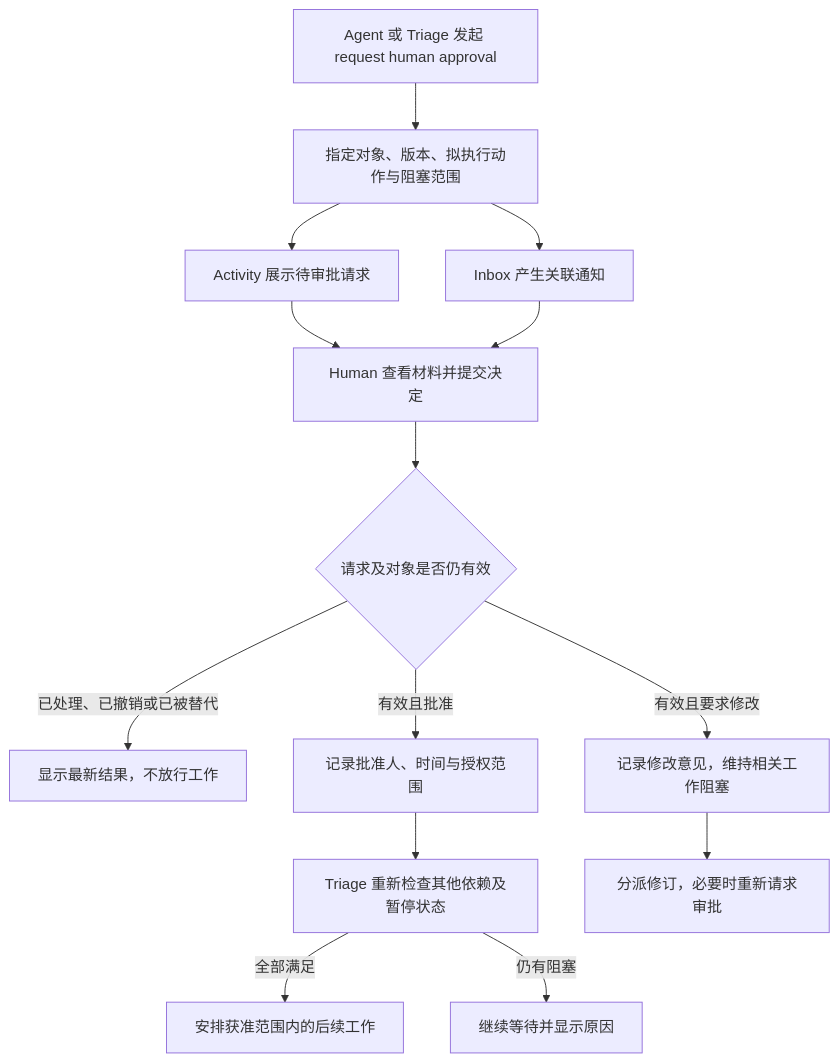
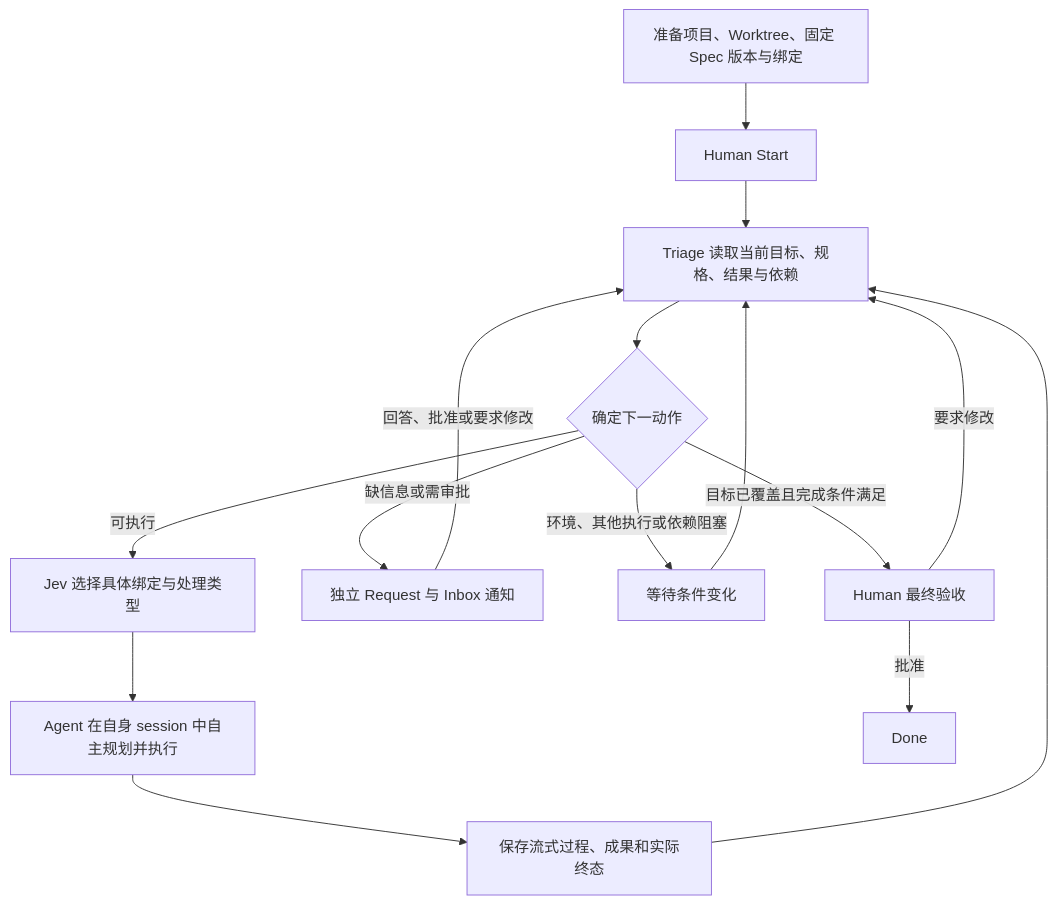
The second of 3 diagrams in specs/relay-collaboration/product.md (elliot-zen/catcoon), drawn with Mermaid before and after one commit. The commit also changed other lines of this file and 2 other files, not shown here.

````diff
--- a/specs/relay-collaboration/product.md
+++ b/specs/relay-collaboration/product.md
@@ -128,16 +42,17 @@
 ```mermaid
 flowchart TD
-    A[Agent 或 Triage 发起 request human approval] --> B[指定对象、版本、拟执行动作与阻塞范围]
-    B --> C[Activity 展示待审批请求]
-    B --> D[Inbox 产生关联通知]
-    C --> E[Human 查看材料并提交决定]
-    D --> E
-    E --> F{请求及对象是否仍有效}
-    F -->|已处理、已撤销或已被替代| G[显示最新结果，不放行工作]
-    F -->|有效且批准| H[记录批准人、时间与授权范围]
-    F -->|有效且要求修改| I[记录修改意见，维持相关工作阻塞]
-    H --> J[Triage 重新检查其他依赖及暂停状态]
-    J -->|全部满足| K[安排获准范围内的后续工作]
-    J -->|仍有阻塞| L[继续等待并显示原因]
-    I --> M[分派修订，必要时重新请求审批]
+    A[准备项目、Worktree、固定 Spec 版本与绑定] --> B[Human Start]
+    B --> C[Triage 读取当前目标、规格、结果与依赖]
+    C --> D{确定下一动作}
+    D -->|可执行| E[Jev 选择具体绑定与处理类型]
+    E --> F[Agent 在自身 session 中自主规划并执行]
+    F --> G[保存流式过程、成果和实际终态]
+    G --> C
+    D -->|缺信息或需审批| H[独立 Request 与 Inbox 通知]
+    H -->|回答、批准或要求修改| C
+    D -->|环境、其他执行或依赖阻塞| I[等待条件变化]
+    I --> C
+    D -->|目标已覆盖且完成条件满足| J[Human 最终验收]
+    J -->|批准| K[Done]
+    J -->|要求修改| C
 ```
````
